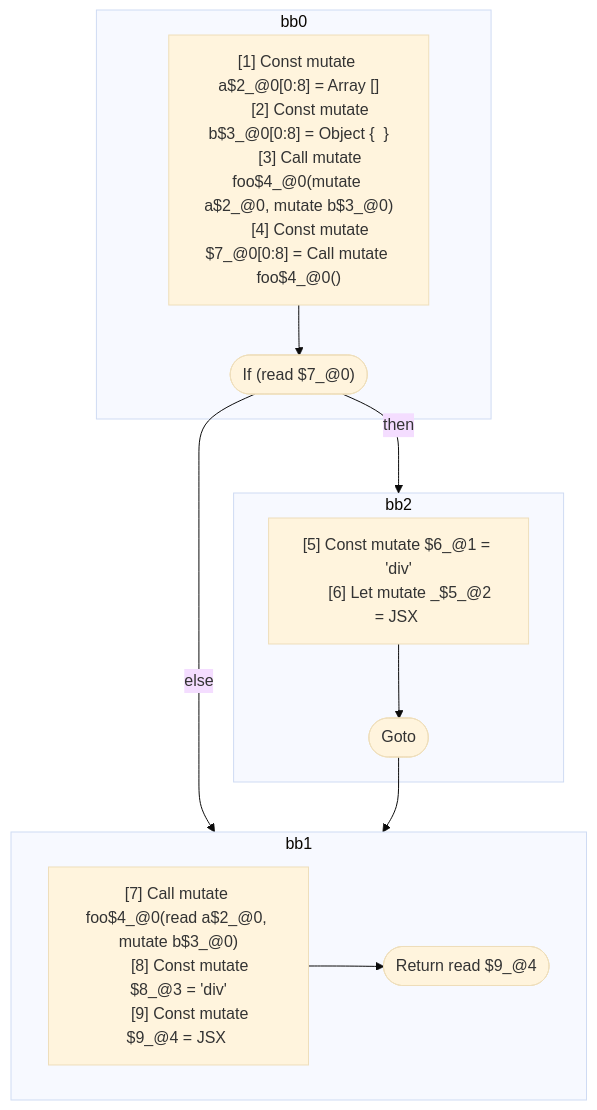
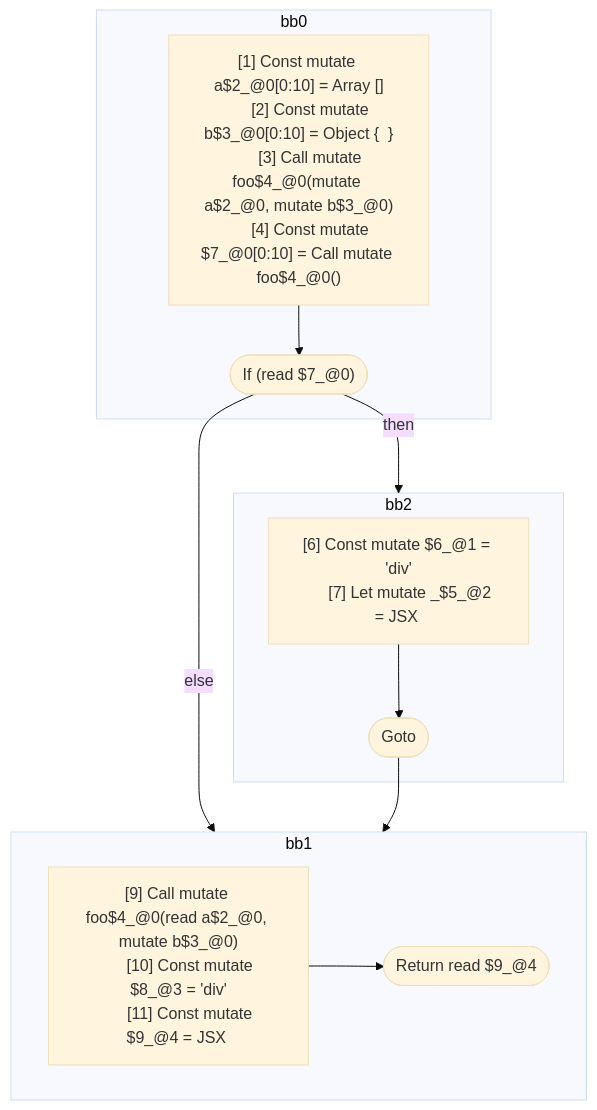
One commit to wutsmog/private changed the second of 2 diagrams in compiler/forget/src/__tests__/fixtures/hir/ssa-call-jsx-2.expect.md. Above: the diagram before and after it, drawn with Mermaid (base theme). The commit also changed other lines of this file and 61 other files, not shown here.

````diff
--- a/compiler/forget/src/__tests__/fixtures/hir/ssa-call-jsx-2.expect.md
+++ b/compiler/forget/src/__tests__/fixtures/hir/ssa-call-jsx-2.expect.md
@@ -73,34 +73,34 @@
 ```mermaid
 flowchart TB
   %% Basic Blocks
   subgraph bb0
     bb0_instrs["
-      [1] Const mutate a$2_@0[0:8] = Array []
-      [2] Const mutate b$3_@0[0:8] = Object {  }
+      [1] Const mutate a$2_@0[0:10] = Array []
+      [2] Const mutate b$3_@0[0:10] = Object {  }
       [3] Call mutate foo$4_@0(mutate a$2_@0, mutate b$3_@0)
-      [4] Const mutate $7_@0[0:8] = Call mutate foo$4_@0()
+      [4] Const mutate $7_@0[0:10] = Call mutate foo$4_@0()
     "]
     bb0_instrs --> bb0_terminal(["If (read $7_@0)"])
   end
   subgraph bb2
     bb2_instrs["
-      [5] Const mutate $6_@1 = 'div'
-      [6] Let mutate _$5_@2 = JSX <read $6_@1 a={freeze a$2_@0} ></read $6_@1>
+      [6] Const mutate $6_@1 = 'div'
+      [7] Let mutate _$5_@2 = JSX <read $6_@1 a={freeze a$2_@0} ></read $6_@1>
     "]
     bb2_instrs --> bb2_terminal(["Goto"])
   end
   subgraph bb1
     bb1_instrs["
-      [7] Call mutate foo$4_@0(read a$2_@0, mutate b$3_@0)
-      [8] Const mutate $8_@3 = 'div'
-      [9] Const mutate $9_@4 = JSX <read $8_@3 a={freeze a$2_@0} b={freeze b$3_@0} ></read $8_@3>
+      [9] Call mutate foo$4_@0(read a$2_@0, mutate b$3_@0)
+      [10] Const mutate $8_@3 = 'div'
+      [11] Const mutate $9_@4 = JSX <read $8_@3 a={freeze a$2_@0} b={freeze b$3_@0} ></read $8_@3>
     "]
     bb1_instrs --> bb1_terminal(["Return read $9_@4"])
   end
 
   %% Jumps
   bb0_terminal -- "then" --> bb2
   bb0_terminal -- "else" --> bb1
   bb2_terminal --> bb1
 
 ```
````
